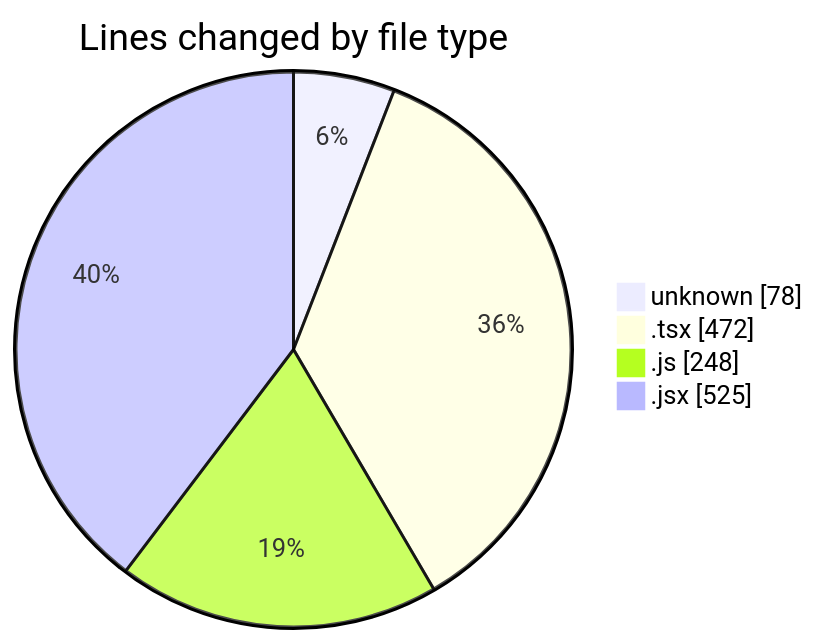
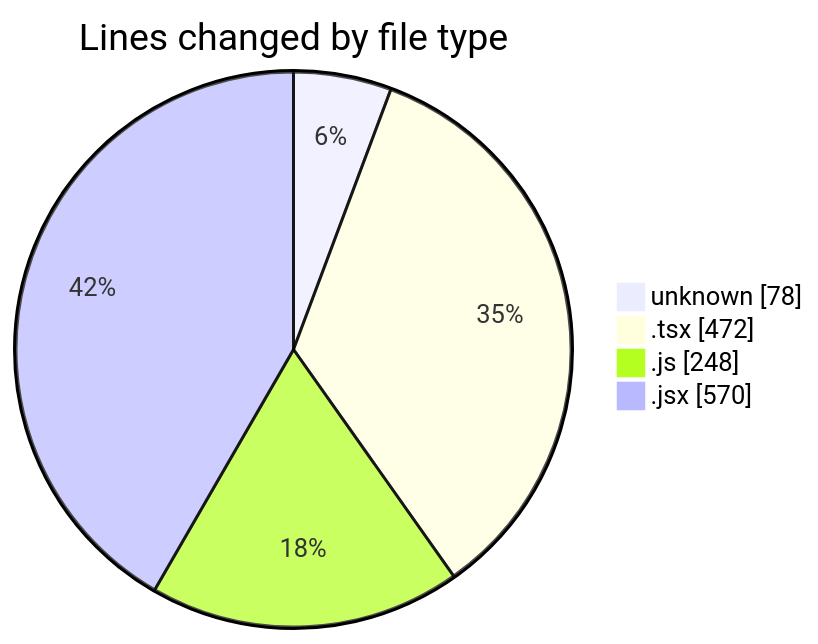
The first of 2 diagrams in 2025-06-02/cda/README.md (momahboobian/code-tracking), drawn with Mermaid before and after one commit. The commit also changed other lines of this file and 1 other file, not shown here.

````diff
--- a/2025-06-02/cda/README.md
+++ b/2025-06-02/cda/README.md
@@ -27,8 +27,8 @@
 ```mermaid
 pie showData
 title Lines changed by file type
 "unknown" : 78
 ".tsx" : 472
 ".js" : 248
-".jsx" : 525
+".jsx" : 570
 ```
````
